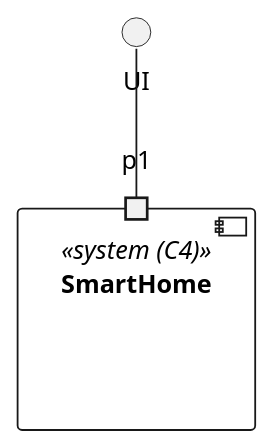
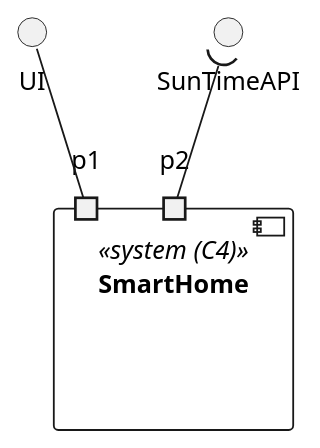
One commit to olivDiogo/SmartHome changed the diagram in docs/ooa/C4_4plus1_models/Level1/LogicalView/LogicalViewLevel1_V2.puml. Above: the diagram before and after it, drawn with PlantUML. The commit also changed 2 other files, not shown here.

```diff
--- a/docs/ooa/C4_4plus1_models/Level1/LogicalView/LogicalViewLevel1_V2.puml
+++ b/docs/ooa/C4_4plus1_models/Level1/LogicalView/LogicalViewLevel1_V2.puml
@@ -1,10 +1,12 @@
 @startuml
 'https://plantuml.com/component-diagram
 
 component SmartHome <<system (C4)>> {
 port p1
+port p2
 }
 
 UI -down- p1
+SunTimeAPI )-down- p2
 
 @enduml
```
